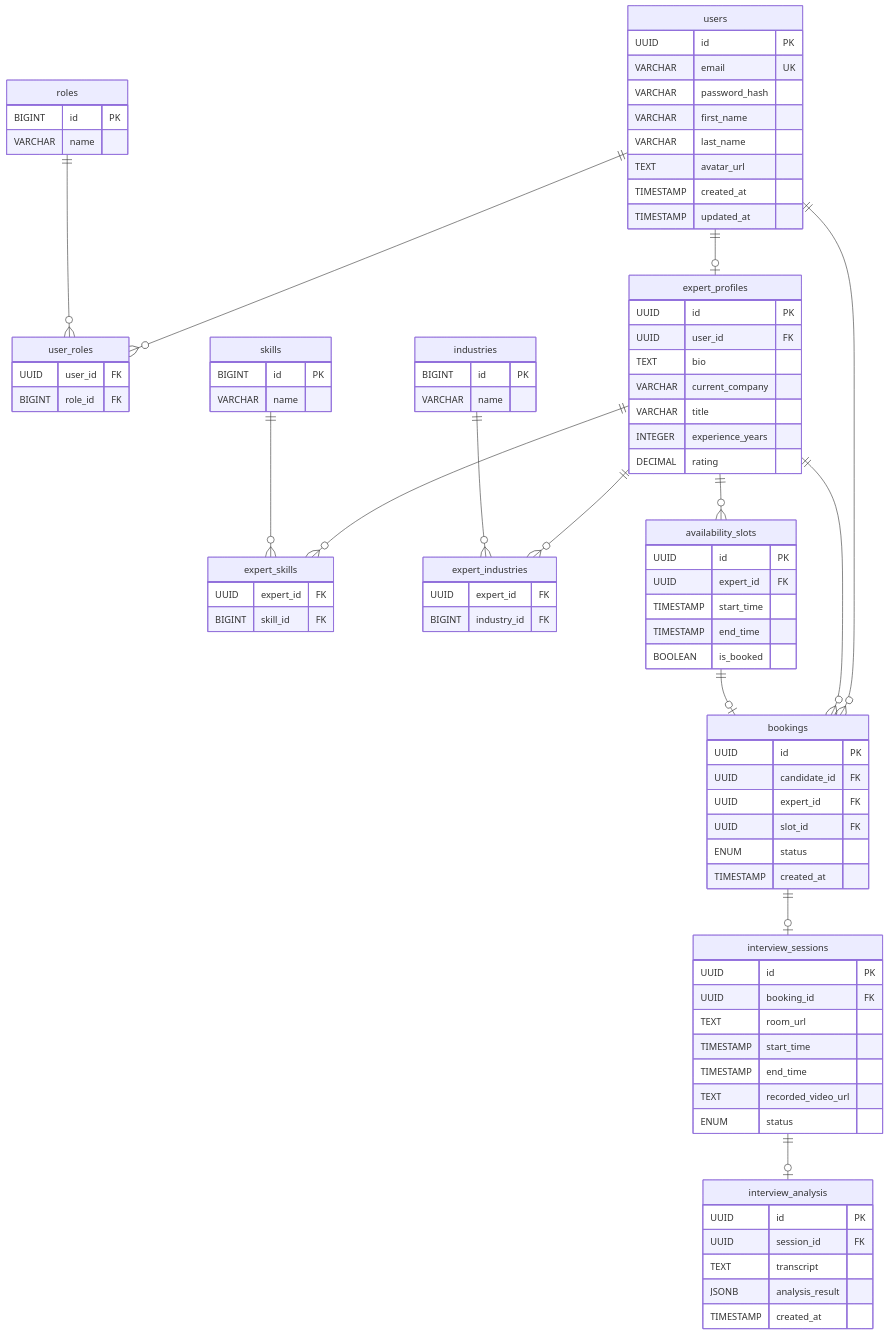
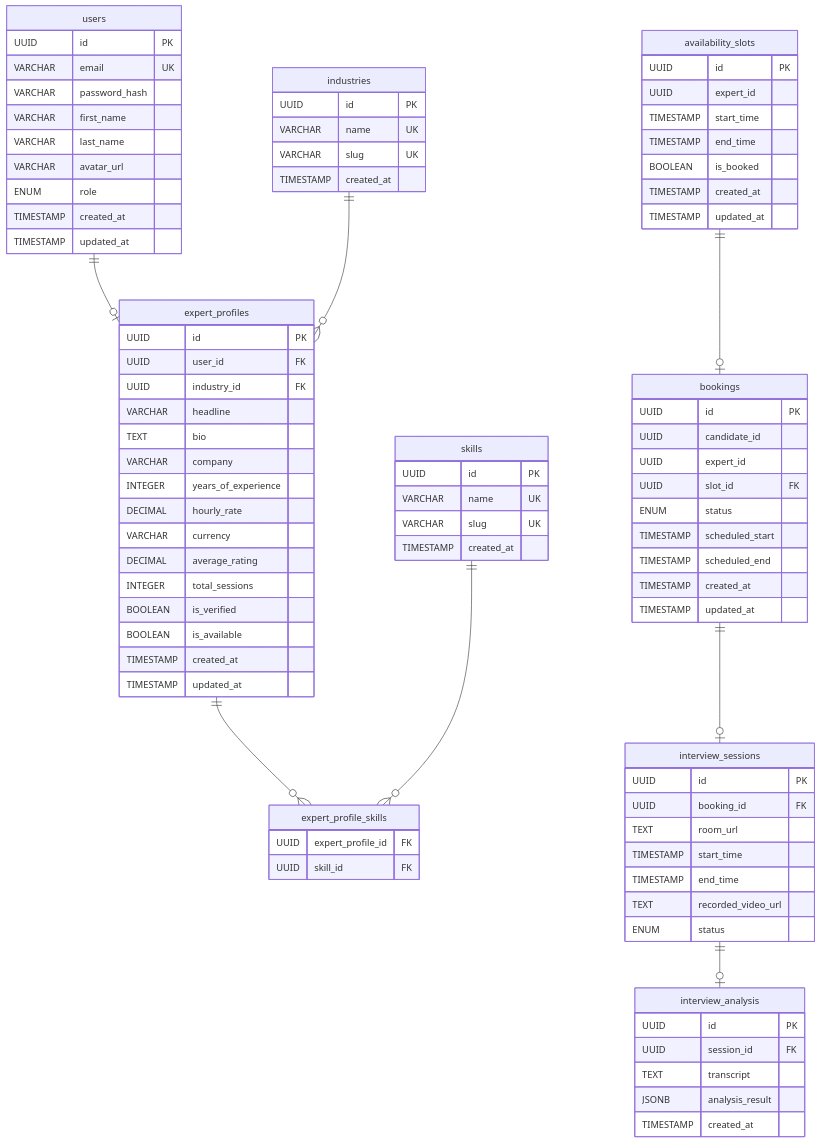
The third of 3 diagrams in docs/domain-model.md (Ulwus/Internview), drawn with Mermaid before and after one commit. The commit also changed other lines of this file, not shown here.

Commit message:
docs(domain-model): kodla uyumlu hale getir (UserRole enum, ExpertProfile alanlari, UUID id, scheduledStart/End, planlanan entity isaretleri)

```diff
--- a/docs/domain-model.md
+++ b/docs/domain-model.md
@@ -241,66 +245,69 @@
         VARCHAR password_hash
         VARCHAR first_name
         VARCHAR last_name
-        TEXT avatar_url
+        VARCHAR avatar_url
+        ENUM role
         TIMESTAMP created_at
         TIMESTAMP updated_at
-    }
-
-    roles {
-        BIGINT id PK
-        VARCHAR name
-    }
-
-    user_roles {
-        UUID user_id FK
-        BIGINT role_id FK
     }
 
     expert_profiles {
         UUID id PK
         UUID user_id FK
+        UUID industry_id FK
+        VARCHAR headline
         TEXT bio
-        VARCHAR current_company
-        VARCHAR title
-        INTEGER experience_years
-        DECIMAL rating
+        VARCHAR company
+        INTEGER years_of_experience
+        DECIMAL hourly_rate
+        VARCHAR currency
+        DECIMAL average_rating
+        INTEGER total_sessions
+        BOOLEAN is_verified
+        BOOLEAN is_available
+        TIMESTAMP created_at
+        TIMESTAMP updated_at
     }
 
     skills {
-        BIGINT id PK
-        VARCHAR name
+        UUID id PK
+        VARCHAR name UK
+        VARCHAR slug UK
+        TIMESTAMP created_at
     }
 
-    expert_skills {
-        UUID expert_id FK
-        BIGINT skill_id FK
+    expert_profile_skills {
+        UUID expert_profile_id FK
+        UUID skill_id FK
     }
 
     industries {
-        BIGINT id PK
-        VARCHAR name
-    }
-
-    expert_industries {
-        UUID expert_id FK
-        BIGINT industry_id FK
+        UUID id PK
+        VARCHAR name UK
+        VARCHAR slug UK
+        TIMESTAMP created_at
     }
 
     availability_slots {
         UUID id PK
-        UUID expert_id FK
+        UUID expert_id
         TIMESTAMP start_time
         TIMESTAMP end_time
         BOOLEAN is_booked
+        TIMESTAMP created_at
+        TIMESTAMP updated_at
     }
 
     bookings {
         UUID id PK
-        UUID candidate_id FK
-        UUID expert_id FK
+        UUID candidate_id
+        UUID expert_id
         UUID slot_id FK
         ENUM status
+        TIMESTAMP scheduled_start
+        TIMESTAMP scheduled_end
         TIMESTAMP created_at
+        TIMESTAMP updated_at
     }
 
     interview_sessions {
@@ -321,16 +328,10 @@
         TIMESTAMP created_at
     }
 
-    users ||--o{ user_roles : ""
-    roles ||--o{ user_roles : ""
     users ||--o| expert_profiles : ""
-    expert_profiles ||--o{ expert_skills : ""
-    skills ||--o{ expert_skills : ""
-    expert_profiles ||--o{ expert_industries : ""
-    industries ||--o{ expert_industries : ""
-    expert_profiles ||--o{ availability_slots : ""
-    users ||--o{ bookings : ""
-    expert_profiles ||--o{ bookings : ""
+    industries ||--o{ expert_profiles : ""
+    expert_profiles ||--o{ expert_profile_skills : ""
+    skills ||--o{ expert_profile_skills : ""
     availability_slots ||--o| bookings : ""
     bookings ||--o| interview_sessions : ""
     interview_sessions ||--o| interview_analysis : ""
```
